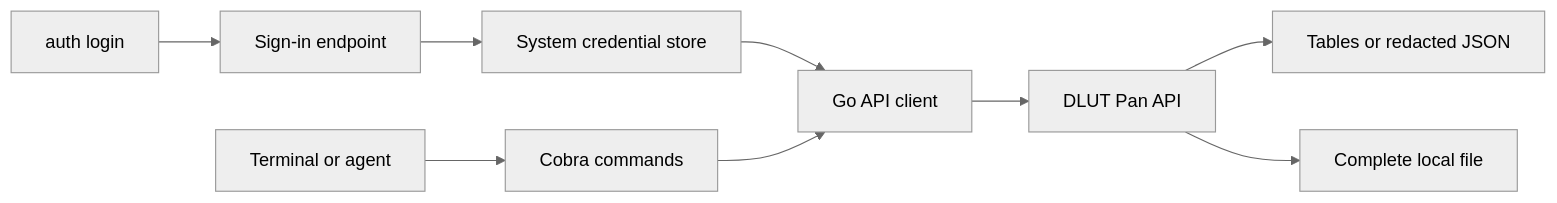
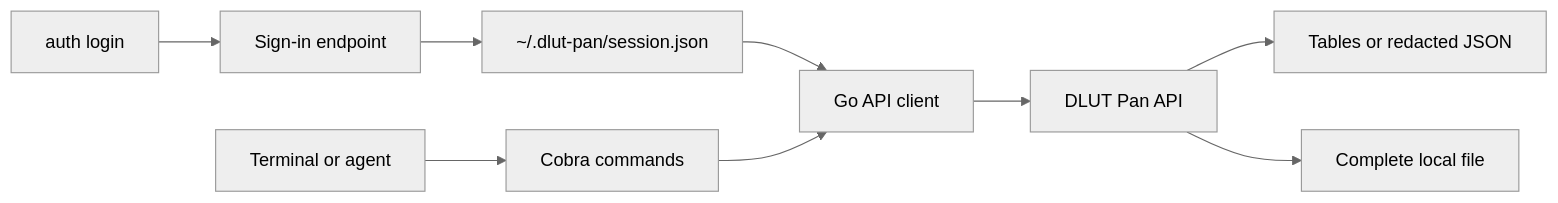
Before and after one commit to saurlax/dlut-pan-cli: the diagram in README.md, drawn with Mermaid (neutral theme). The commit also changed other lines of this file and 15 other files, not shown here.

Commit message:
Store login credentials in the home directory

````diff
--- a/README.md
+++ b/README.md
@@ -34,11 +35,11 @@
 ```mermaid
 flowchart LR
     User[Terminal or agent] --> CLI[Cobra commands]
     LoginCommand[auth login] --> Login[Sign-in endpoint]
-    Login --> Session[System credential store]
+    Login --> Session["~/.dlut-pan/session.json"]
     Session --> API[Go API client]
     CLI --> API
     API --> Pan[DLUT Pan API]
     Pan --> Output[Tables or redacted JSON]
     Pan --> Download[Complete local file]
 ```
````
